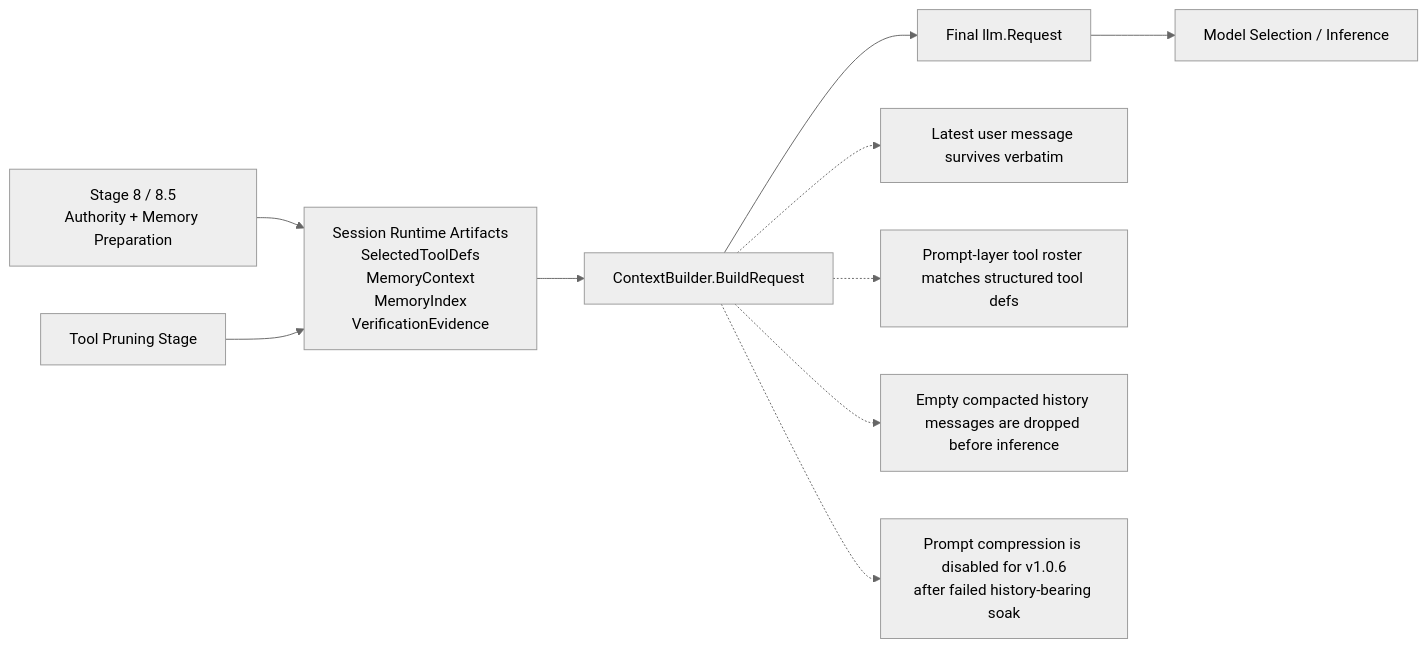
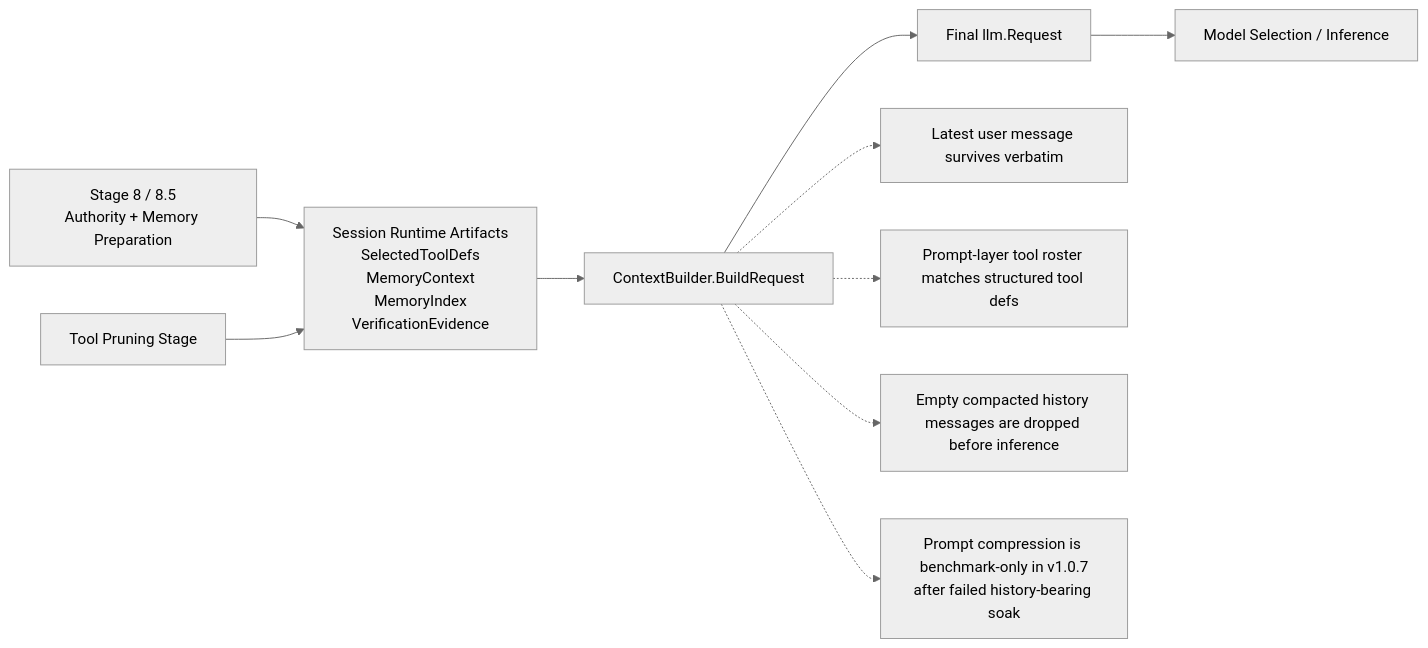
Diagram 15 of 29 in docs/architecture-rules-diagrams.md (robot-accomplice/roboticus), drawn with Mermaid (neutral theme) before and after one commit. The commit also changed other lines of this file and 183 other files, not shown here.

````diff
--- a/docs/architecture-rules-diagrams.md
+++ b/docs/architecture-rules-diagrams.md
@@ -292,23 +473,23 @@
 ```mermaid
 flowchart LR
     stage8["Stage 8 / 8.5\nAuthority + Memory Preparation"]
     prune["Tool Pruning Stage"]
     session["Session Runtime Artifacts\nSelectedToolDefs\nMemoryContext\nMemoryIndex\nVerificationEvidence"]
     builder["ContextBuilder.BuildRequest"]
     request["Final llm.Request"]
     router["Model Selection / Inference"]
 
     stage8 --> session
     prune --> session
     session --> builder --> request --> router
 
     note1["Latest user message survives verbatim"]
     note2["Prompt-layer tool roster matches structured tool defs"]
     note3["Empty compacted history messages are dropped before inference"]
-    note4["Prompt compression is disabled for v1.0.6\nafter failed history-bearing soak"]
+    note4["Prompt compression is benchmark-only in v1.0.7\nafter failed history-bearing soak"]
 
     builder -.-> note1
     builder -.-> note2
     builder -.-> note3
     builder -.-> note4
 ```
````
